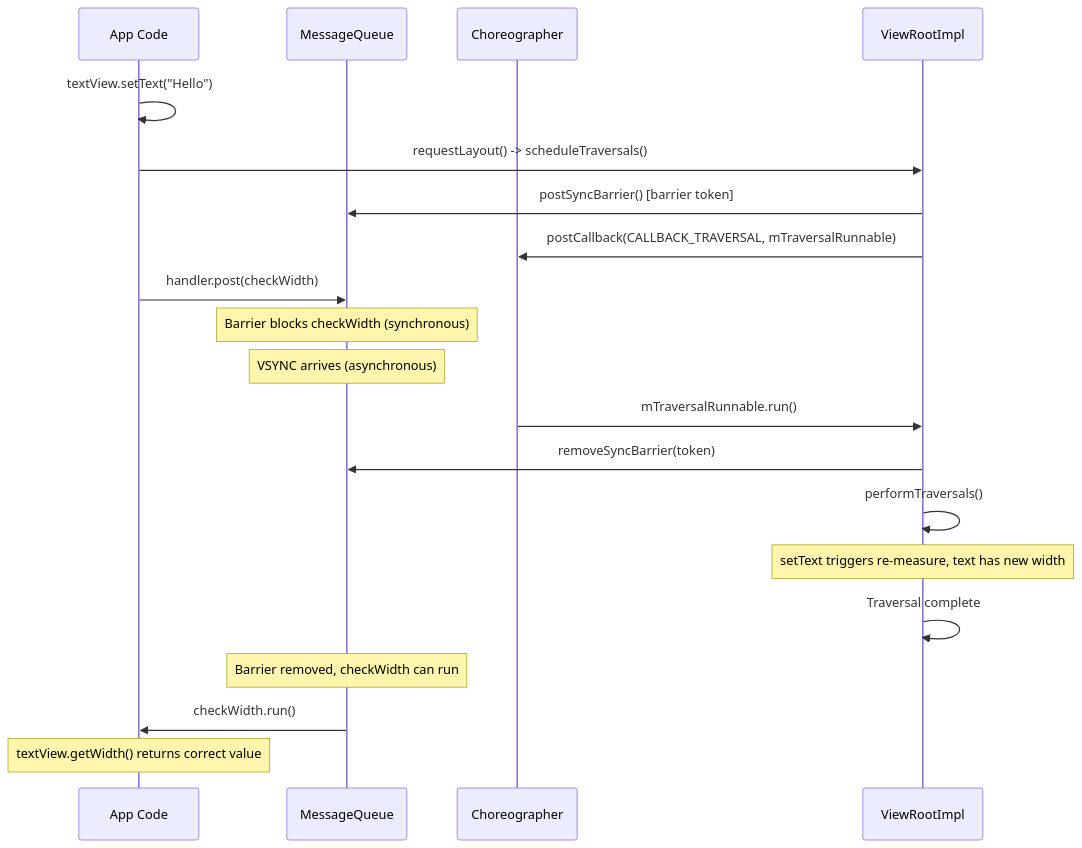
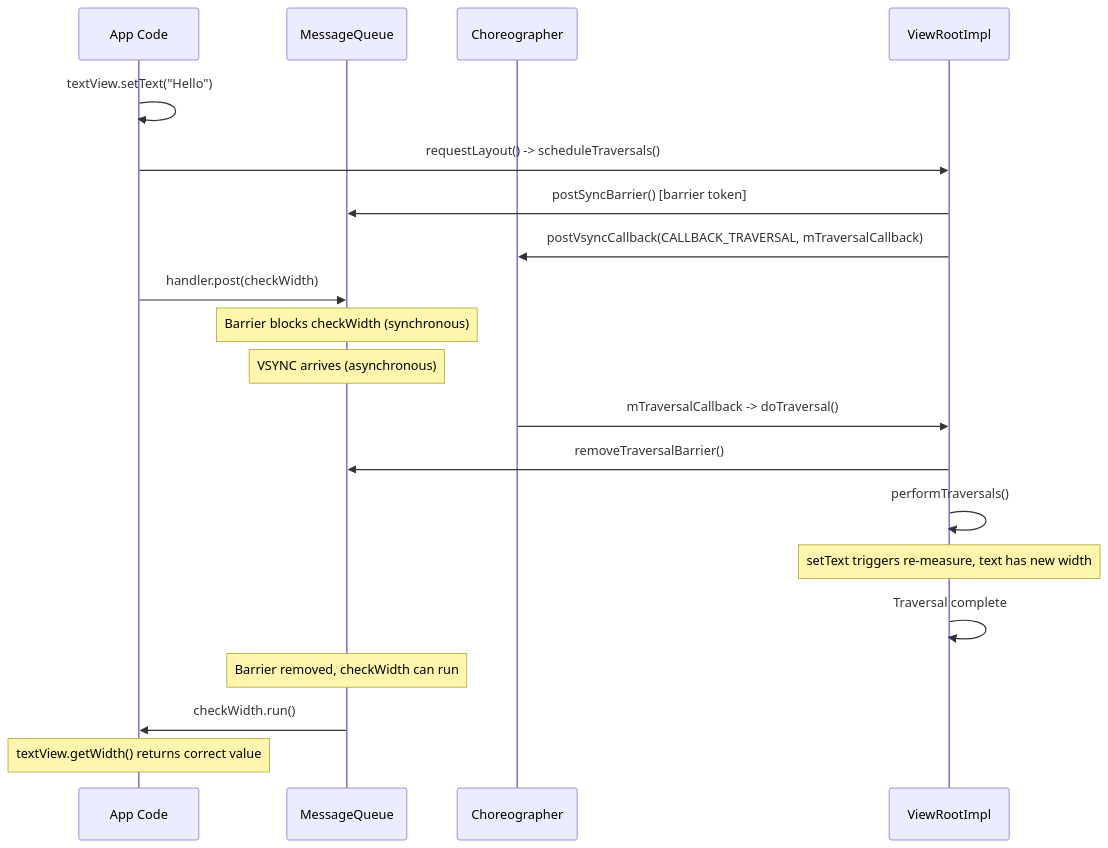
One commit to aospbooks/aosp-internal-book changed diagram 20 of 40 in agents/claude/skills/aosp-framework-core/25-view-system.md. Above: the diagram before and after it, drawn with Mermaid. The commit also changed other lines of this file and 218 other files, not shown here.

````diff
--- a/agents/claude/skills/aosp-framework-core/25-view-system.md
+++ b/agents/claude/skills/aosp-framework-core/25-view-system.md
@@ -1581,26 +1587,26 @@
 ```mermaid
 sequenceDiagram
     participant App as App Code
     participant MQ as MessageQueue
     participant Choreo as Choreographer
     participant VRI as ViewRootImpl
 
     App->>App: textView.setText("Hello")
     App->>VRI: requestLayout() -> scheduleTraversals()
     VRI->>MQ: postSyncBarrier() [barrier token]
-    VRI->>Choreo: postCallback(CALLBACK_TRAVERSAL, mTraversalRunnable)
+    VRI->>Choreo: postVsyncCallback(CALLBACK_TRAVERSAL, mTraversalCallback)
     App->>MQ: handler.post(checkWidth)
 
     Note over MQ: Barrier blocks checkWidth (synchronous)
     Note over MQ: VSYNC arrives (asynchronous)
 
-    Choreo->>VRI: mTraversalRunnable.run()
-    VRI->>MQ: removeSyncBarrier(token)
+    Choreo->>VRI: mTraversalCallback -> doTraversal()
+    VRI->>MQ: removeTraversalBarrier()
     VRI->>VRI: performTraversals()
     Note over VRI: setText triggers re-measure, text has new width
     VRI->>VRI: Traversal complete
 
     Note over MQ: Barrier removed, checkWidth can run
     MQ->>App: checkWidth.run()
     Note over App: textView.getWidth() returns correct value
 ```
````
